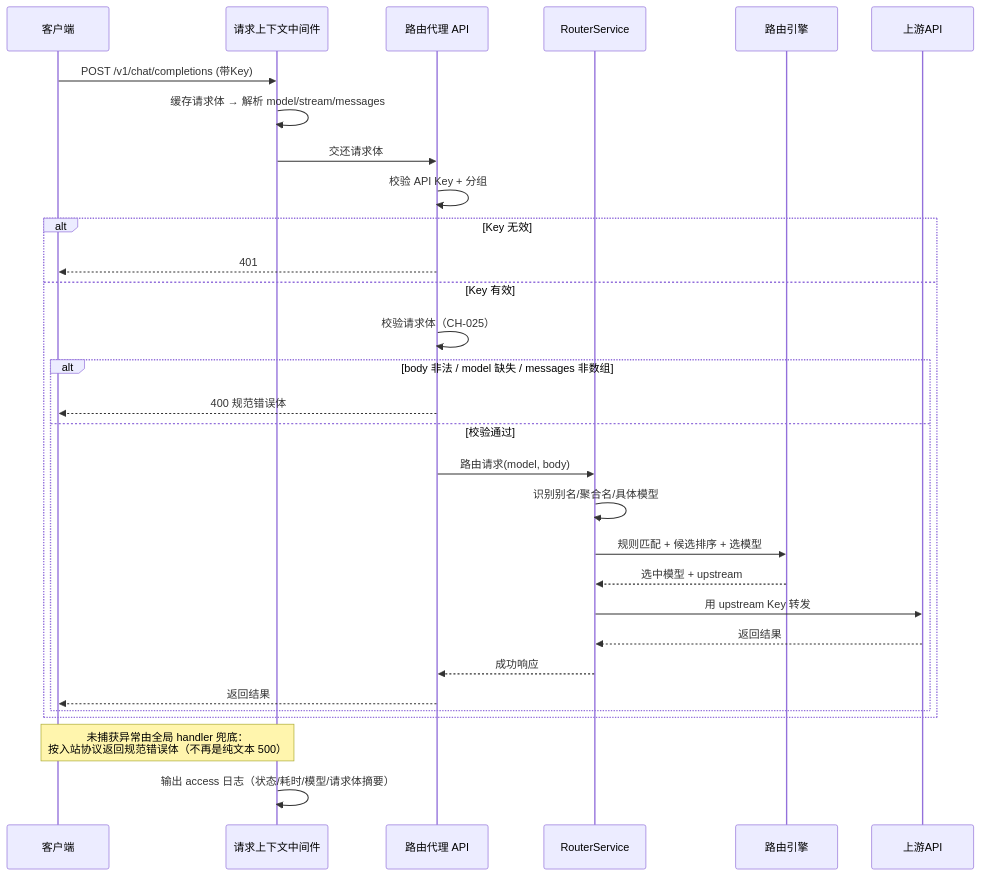
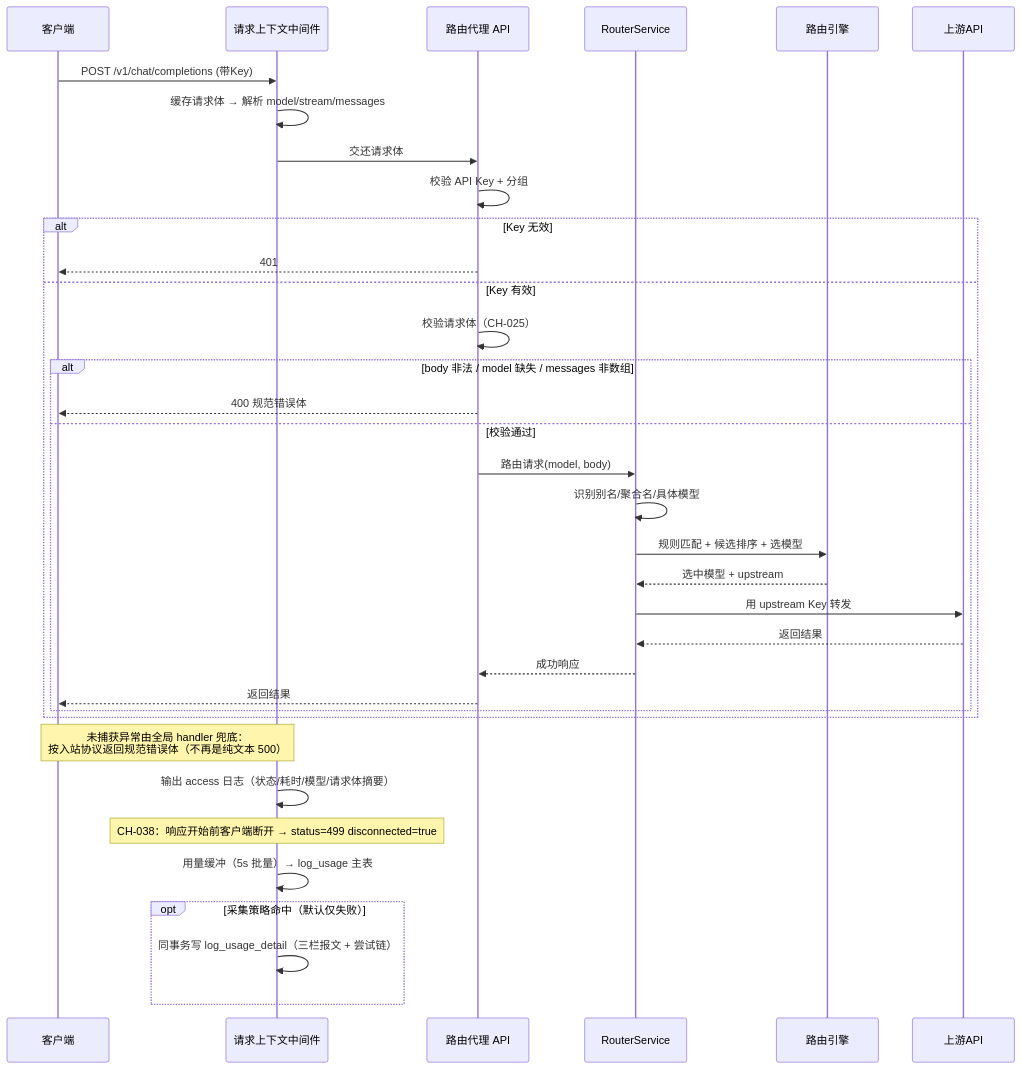
The fourth of 6 diagrams in docs/架构设计.md (66wjz/smart_router), drawn with Mermaid before and after one commit. The commit also changed other lines of this file and 28 other files, not shown here.

````diff
--- a/docs/架构设计.md
+++ b/docs/架构设计.md
@@ -417,33 +417,38 @@
 ```mermaid
 sequenceDiagram
     participant C as 客户端
     participant L as 请求上下文中间件
     participant R as 路由代理 API
     participant S as RouterService
     participant E as 路由引擎
     participant U as 上游API
 
     C->>L: POST /v1/chat/completions (带Key)
     L->>L: 缓存请求体 → 解析 model/stream/messages
     L->>R: 交还请求体
     R->>R: 校验 API Key + 分组
     alt Key 无效
         R-->>C: 401
     else Key 有效
         R->>R: 校验请求体（CH-025）
         alt body 非法 / model 缺失 / messages 非数组
             R-->>C: 400 规范错误体
         else 校验通过
             R->>S: 路由请求(model, body)
             S->>S: 识别别名/聚合名/具体模型
             S->>E: 规则匹配 + 候选排序 + 选模型
             E-->>S: 选中模型 + upstream
             S->>U: 用 upstream Key 转发
             U-->>S: 返回结果
             S-->>R: 成功响应
             R-->>C: 返回结果
         end
     end
     Note over L,C: 未捕获异常由全局 handler 兜底：<br/>按入站协议返回规范错误体（不再是纯文本 500）
     L->>L: 输出 access 日志（状态/耗时/模型/请求体摘要）
+    Note over L: CH-038：响应开始前客户端断开 → status=499 disconnected=true
+    L->>L: 用量缓冲（5s 批量）→ log_usage 主表
+    opt 采集策略命中（默认仅失败）
+        L->>L: 同事务写 log_usage_detail（三栏报文 + 尝试链）
+    end
 ```
````
